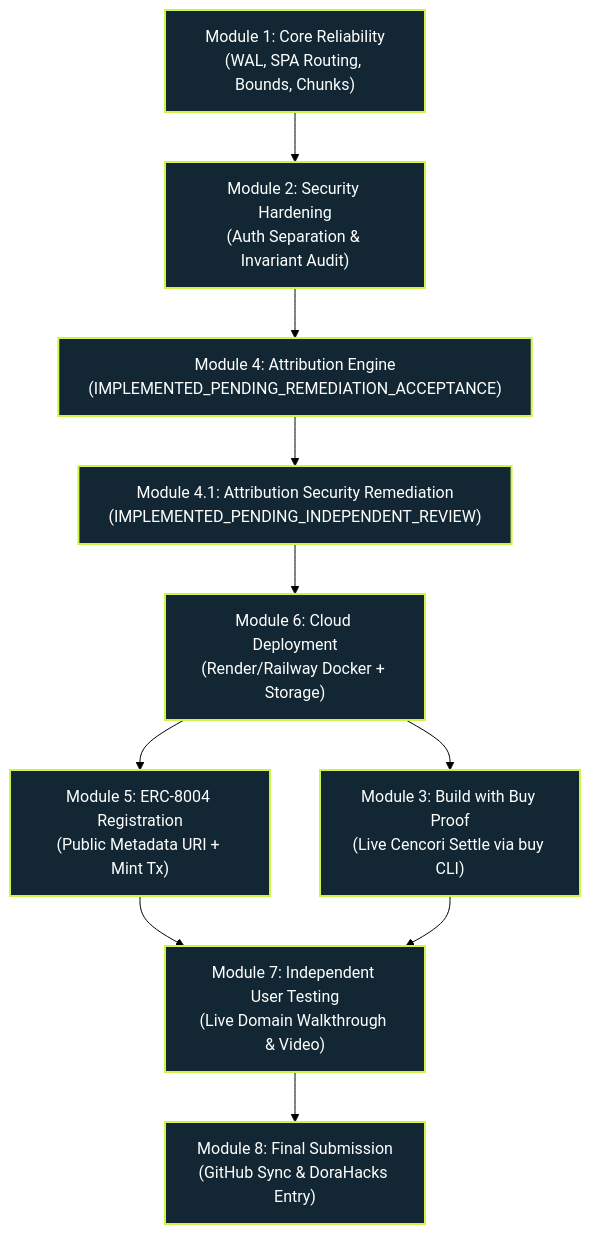
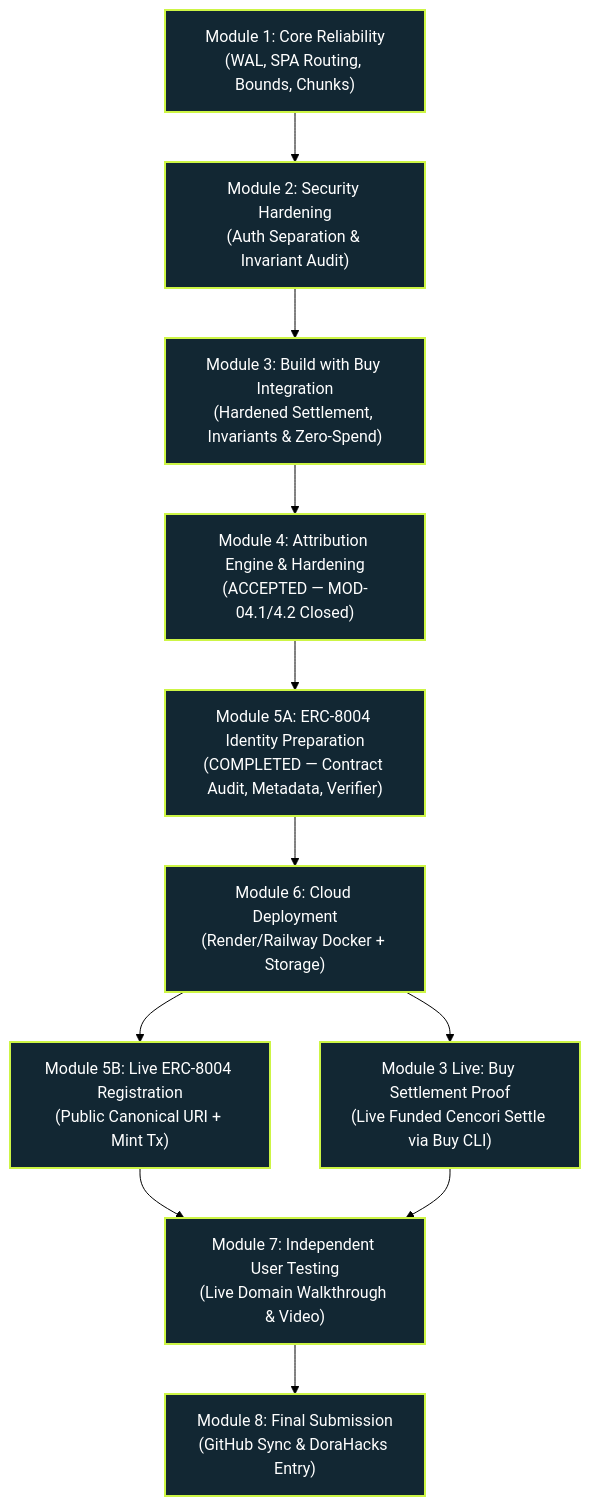
The diagram in MASTER_EXECUTION_ROADMAP.md (Harshal-Pande/openHackathonPS3), drawn with Mermaid (forest theme) before and after one commit. The commit also changed other lines of this file and 15 other files, not shown here.

Commit message:
feat(mod-05): prepare and audit ERC-8004 registration

````diff
--- a/MASTER_EXECUTION_ROADMAP.md
+++ b/MASTER_EXECUTION_ROADMAP.md
@@ -14,22 +14,24 @@
 ```mermaid
 flowchart TD
     M1["Module 1: Core Reliability<br/>(WAL, SPA Routing, Bounds, Chunks)"] --> M2["Module 2: Security Hardening<br/>(Auth Separation & Invariant Audit)"]
-    M2 --> M4["Module 4: Attribution Engine<br/>(IMPLEMENTED_PENDING_REMEDIATION_ACCEPTANCE)"]
-    M4 --> M4_1["Module 4.1: Attribution Security Remediation<br/>(IMPLEMENTED_PENDING_INDEPENDENT_REVIEW)"]
-    M4_1 --> M6["Module 6: Cloud Deployment<br/>(Render/Railway Docker + Storage)"]
-    M6 --> M5["Module 5: ERC-8004 Registration<br/>(Public Metadata URI + Mint Tx)"]
-    M6 --> M3["Module 3: Build with Buy Proof<br/>(Live Cencori Settle via buy CLI)"]
-    M5 --> M7["Module 7: Independent User Testing<br/>(Live Domain Walkthrough & Video)"]
-    M3 --> M7
+    M2 --> M3["Module 3: Build with Buy Integration<br/>(Hardened Settlement, Invariants & Zero-Spend)"]
+    M3 --> M4["Module 4: Attribution Engine & Hardening<br/>(ACCEPTED — MOD-04.1/4.2 Closed)"]
+    M4 --> M5A["Module 5A: ERC-8004 Identity Preparation<br/>(COMPLETED — Contract Audit, Metadata, Verifier)"]
+    M5A --> M6["Module 6: Cloud Deployment<br/>(Render/Railway Docker + Storage)"]
+    M6 --> M5B["Module 5B: Live ERC-8004 Registration<br/>(Public Canonical URI + Mint Tx)"]
+    M6 --> M3_LIVE["Module 3 Live: Buy Settlement Proof<br/>(Live Funded Cencori Settle via Buy CLI)"]
+    M5B --> M7["Module 7: Independent User Testing<br/>(Live Domain Walkthrough & Video)"]
+    M3_LIVE --> M7
     M7 --> M8["Module 8: Final Submission<br/>(GitHub Sync & DoraHacks Entry)"]
 
     style M1 fill:#122733,stroke:#CDF545,stroke-width:2px,color:#fff
     style M2 fill:#122733,stroke:#CDF545,stroke-width:2px,color:#fff
     style M3 fill:#122733,stroke:#CDF545,stroke-width:2px,color:#fff
     style M4 fill:#122733,stroke:#CDF545,stroke-width:2px,color:#fff
-    style M4_1 fill:#122733,stroke:#CDF545,stroke-width:2px,color:#fff
-    style M5 fill:#122733,stroke:#CDF545,stroke-width:2px,color:#fff
+    style M5A fill:#122733,stroke:#CDF545,stroke-width:2px,color:#fff
     style M6 fill:#122733,stroke:#CDF545,stroke-width:2px,color:#fff
+    style M5B fill:#122733,stroke:#CDF545,stroke-width:2px,color:#fff
+    style M3_LIVE fill:#122733,stroke:#CDF545,stroke-width:2px,color:#fff
     style M7 fill:#122733,stroke:#CDF545,stroke-width:2px,color:#fff
     style M8 fill:#122733,stroke:#CDF545,stroke-width:2px,color:#fff
 ```
````
